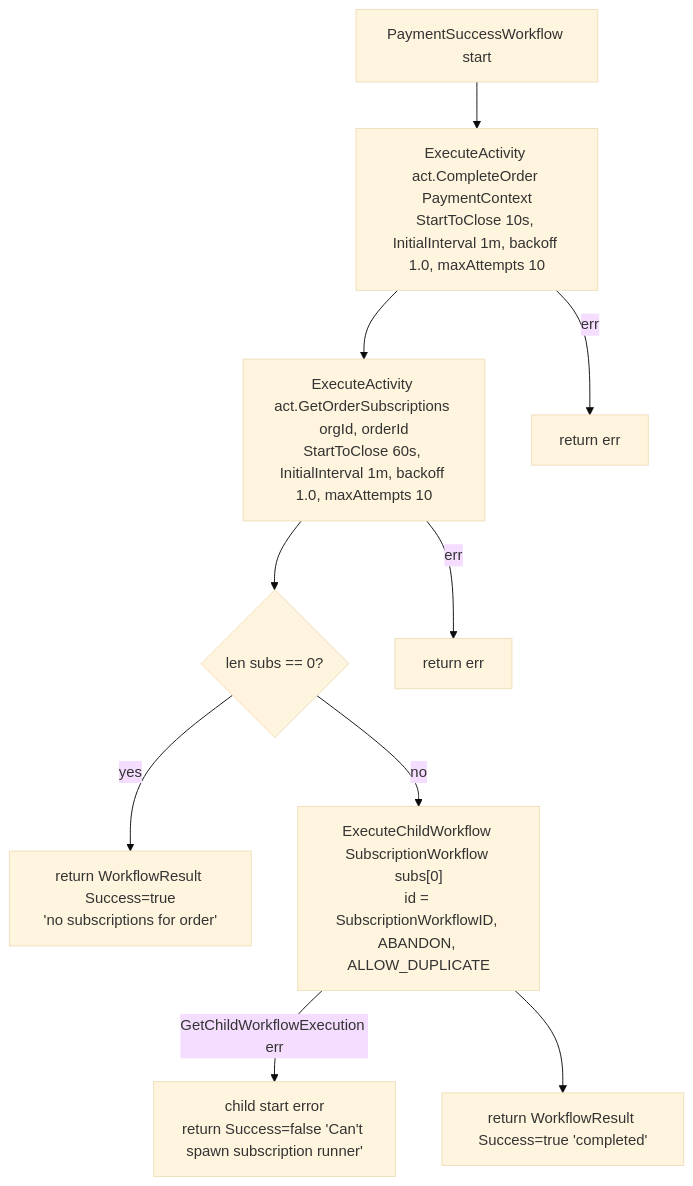
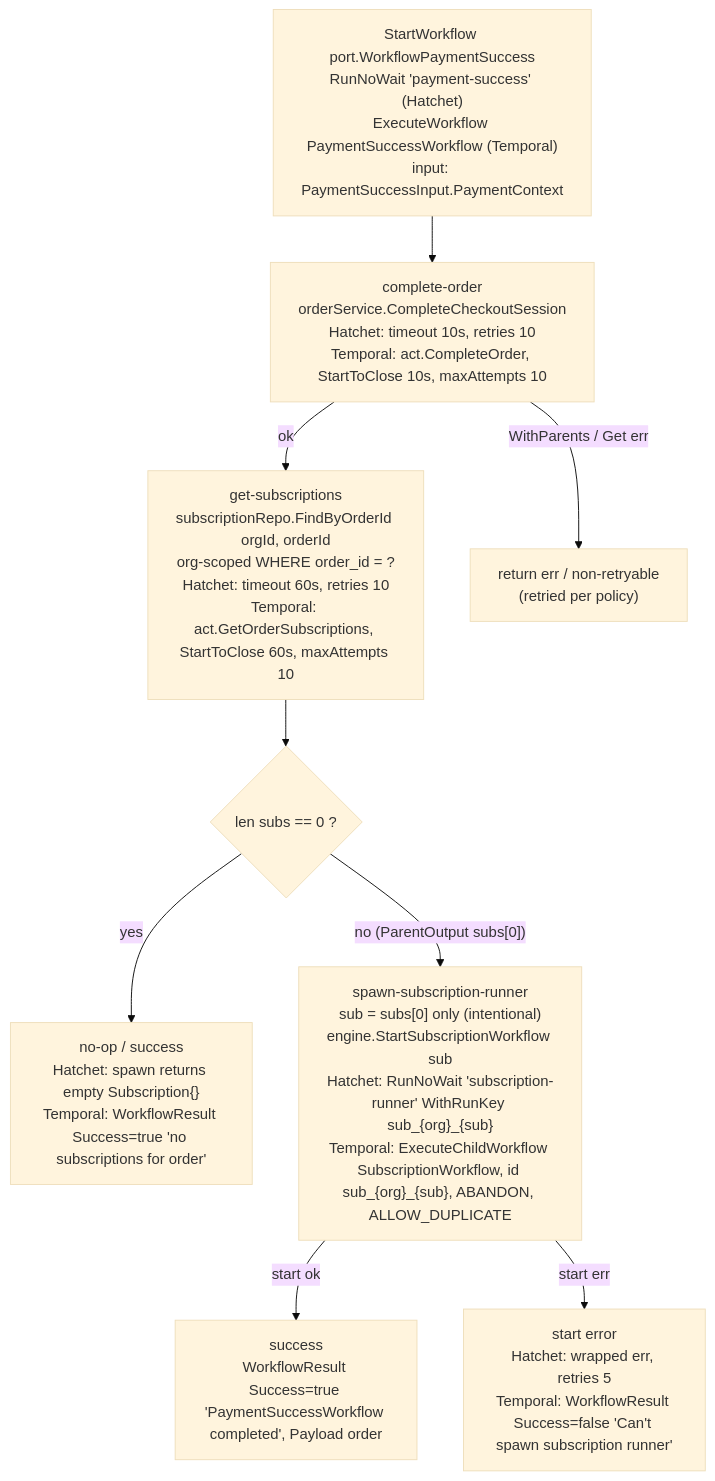
The diagram in docs/workflows/payment-success.md (getpaidhqco/getpaidhq), drawn with Mermaid (base theme) before and after one commit. The commit also changed other lines of this file and 2 other files, not shown here.

Commit message:
docs: refresh architecture + subscription/payment diagrams for latest code
Regenerate the three diagrams affected by a46c4e0 (API-key auth + the
order→subscription flow fix) against the current source:

- system-hexagonal: API-key auth shown as an enabled Authenticator (+ ApiKey
  handler/service/repo, Cedar api-key actions); corrected middleware order to
  CORS-outermost (so 401/429 still carry CORS headers).
- subscription-payments: subscriptions are created up front in
  OrderService.CreateOrder; HTTP CompleteOrder spawns a runner per activated
  subscription while the webhook payment-success DAG spawns subs[0] only.
- payment-success: org-scoped FindByOrderId, variant-FK threading, idempotent
  spawn (sub_{org}_{sub}); folded the dual diagram into one.

````diff
--- a/docs/workflows/payment-success.md
+++ b/docs/workflows/payment-success.md
@@ -28,21 +10,27 @@
 ```mermaid
 flowchart TD
-    start["PaymentSuccessWorkflow start"]
-    co["ExecuteActivity act.CompleteOrder PaymentContext<br/>StartToClose 10s, InitialInterval 1m, backoff 1.0, maxAttempts 10"]
-    gos["ExecuteActivity act.GetOrderSubscriptions orgId, orderId<br/>StartToClose 60s, InitialInterval 1m, backoff 1.0, maxAttempts 10"]
-    check{"len subs == 0?"}
-    noop["return WorkflowResult Success=true<br/>'no subscriptions for order'"]
-    child["ExecuteChildWorkflow SubscriptionWorkflow subs[0]<br/>id = SubscriptionWorkflowID, ABANDON, ALLOW_DUPLICATE"]
-    childerr["child start error<br/>return Success=false 'Can't spawn subscription runner'"]
-    done["return WorkflowResult Success=true 'completed'"]
+    trigger["StartWorkflow port.WorkflowPaymentSuccess<br/>RunNoWait 'payment-success' (Hatchet)<br/>ExecuteWorkflow PaymentSuccessWorkflow (Temporal)<br/>input: PaymentSuccessInput.PaymentContext"]
 
-    start --> co
-    co -->|err| failco["return err"]
-    co --> gos
-    gos -->|err| failgos["return err"]
-    gos --> check
+    complete["complete-order<br/>orderService.CompleteCheckoutSession<br/>Hatchet: timeout 10s, retries 10<br/>Temporal: act.CompleteOrder, StartToClose 10s, maxAttempts 10"]
+
+    getsubs["get-subscriptions<br/>subscriptionRepo.FindByOrderId orgId, orderId<br/>org-scoped WHERE order_id = ?<br/>Hatchet: timeout 60s, retries 10<br/>Temporal: act.GetOrderSubscriptions, StartToClose 60s, maxAttempts 10"]
+
+    check{"len subs == 0 ?"}
+
+    noop["no-op / success<br/>Hatchet: spawn returns empty Subscription{}<br/>Temporal: WorkflowResult Success=true 'no subscriptions for order'"]
+
+    spawn["spawn-subscription-runner<br/>sub = subs[0] only (intentional)<br/>engine.StartSubscriptionWorkflow sub<br/>Hatchet: RunNoWait 'subscription-runner' WithRunKey sub_{org}_{sub}<br/>Temporal: ExecuteChildWorkflow SubscriptionWorkflow, id sub_{org}_{sub}, ABANDON, ALLOW_DUPLICATE"]
+
+    failco["return err / non-retryable<br/>(retried per policy)"]
+    spawnerr["start error<br/>Hatchet: wrapped err, retries 5<br/>Temporal: WorkflowResult Success=false 'Can't spawn subscription runner'"]
+    done["success<br/>WorkflowResult Success=true 'PaymentSuccessWorkflow completed', Payload order"]
+
+    trigger --> complete
+    complete -->|"WithParents / Get err"| failco
+    complete -->|ok| getsubs
+    getsubs --> check
     check -->|yes| noop
-    check -->|no| child
-    child -->|GetChildWorkflowExecution err| childerr
-    child --> done
+    check -->|"no (ParentOutput subs[0])"| spawn
+    spawn -->|start ok| done
+    spawn -->|start err| spawnerr
 ```
````
